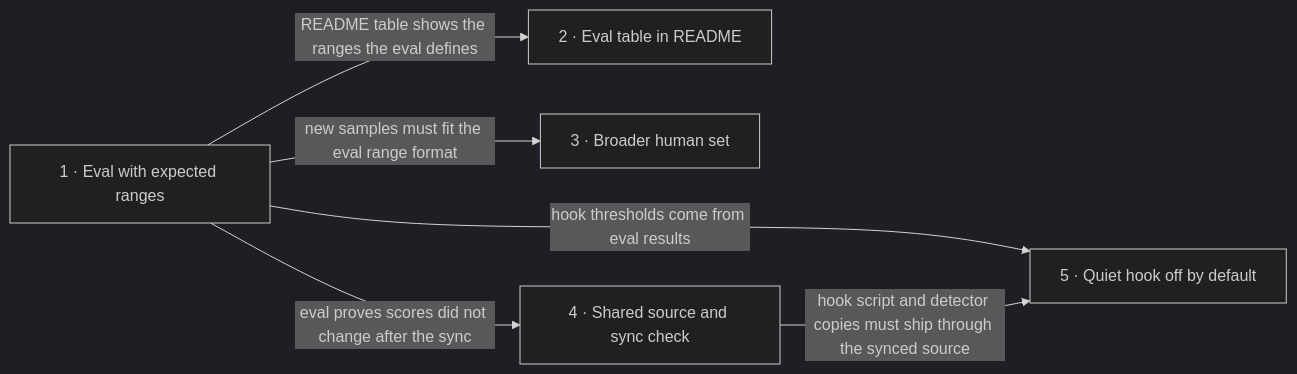
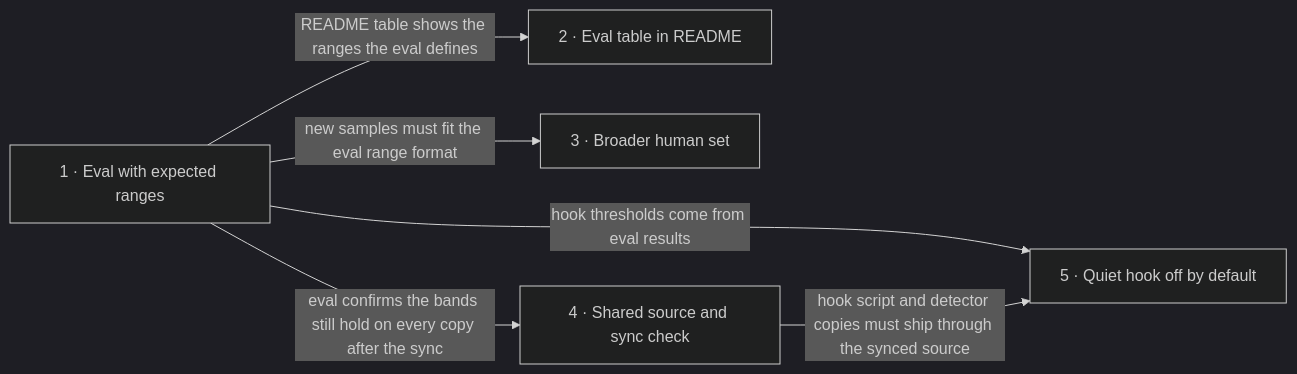
The diagram in docs/roadmap.md (ifurmandev/ukr-text-guard), drawn with Mermaid (dark theme) before and after one commit. The commit also changed other lines of this file and 4 other files, not shown here.

````diff
--- a/docs/roadmap.md
+++ b/docs/roadmap.md
@@ -57,8 +58,8 @@
 ```mermaid
 flowchart LR
   s1["1 · Eval with expected ranges"] -->|README table shows the ranges the eval defines| s2["2 · Eval table in README"]
   s1 -->|new samples must fit the eval range format| s3["3 · Broader human set"]
-  s1 -->|eval proves scores did not change after the sync| s4["4 · Shared source and sync check"]
+  s1 -->|eval confirms the bands still hold on every copy after the sync| s4["4 · Shared source and sync check"]
   s1 -->|hook thresholds come from eval results| s5["5 · Quiet hook off by default"]
   s4 -->|hook script and detector copies must ship through the synced source| s5
 ```
````
